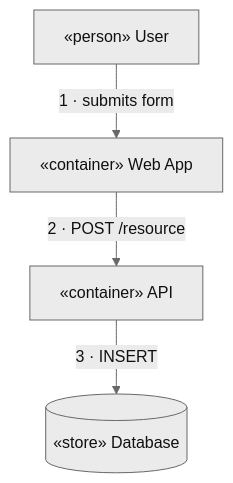
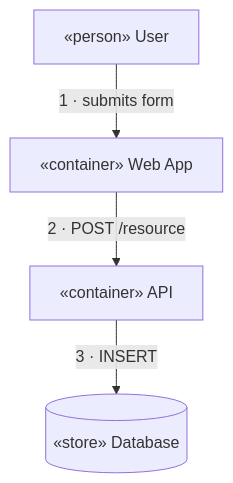
The fourth of 11 diagrams in references/diagrams.md (ccosming/skills), drawn with Mermaid before and after one commit. The commit also changed other lines of this file and 7 other files, not shown here.

First line of the commit message:
docs(diagrams): redo the workflow diagram and drop the mermaid theme

````diff
--- a/references/diagrams.md
+++ b/references/diagrams.md
@@ -121,11 +105,10 @@
 ```mermaid
-%%{init: {'theme':'base','themeVariables':{'primaryColor':'#ebebeb','primaryBorderColor':'#686868','primaryTextColor':'#101010','lineColor':'#686868','secondaryColor':'#cccccc','tertiaryColor':'#a9a9a9','clusterBkg':'#cccccc','clusterBorder':'#525252','edgeLabelBackground':'#ebebeb'}}}%%
 flowchart TD
   user["«person» User"]
   web["«container» Web App"]
   api["«container» API"]
   db[("«store» Database")]
   user -->|"1 · submits form"| web
   web -->|"2 · POST /resource"| api
   api -->|"3 · INSERT"| db
 ```
````
